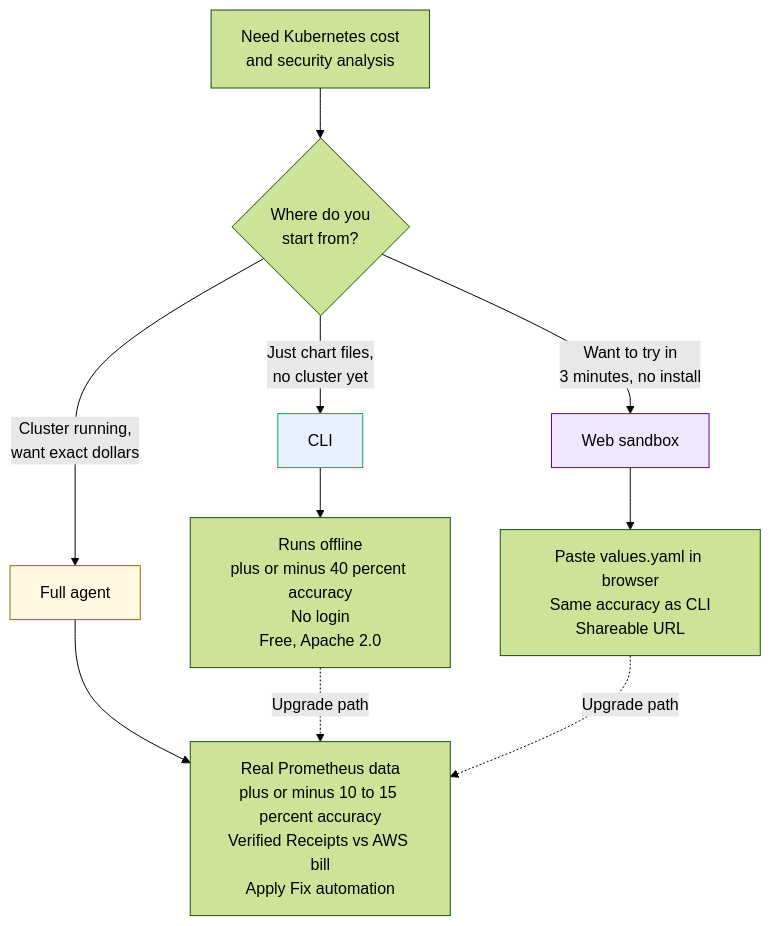
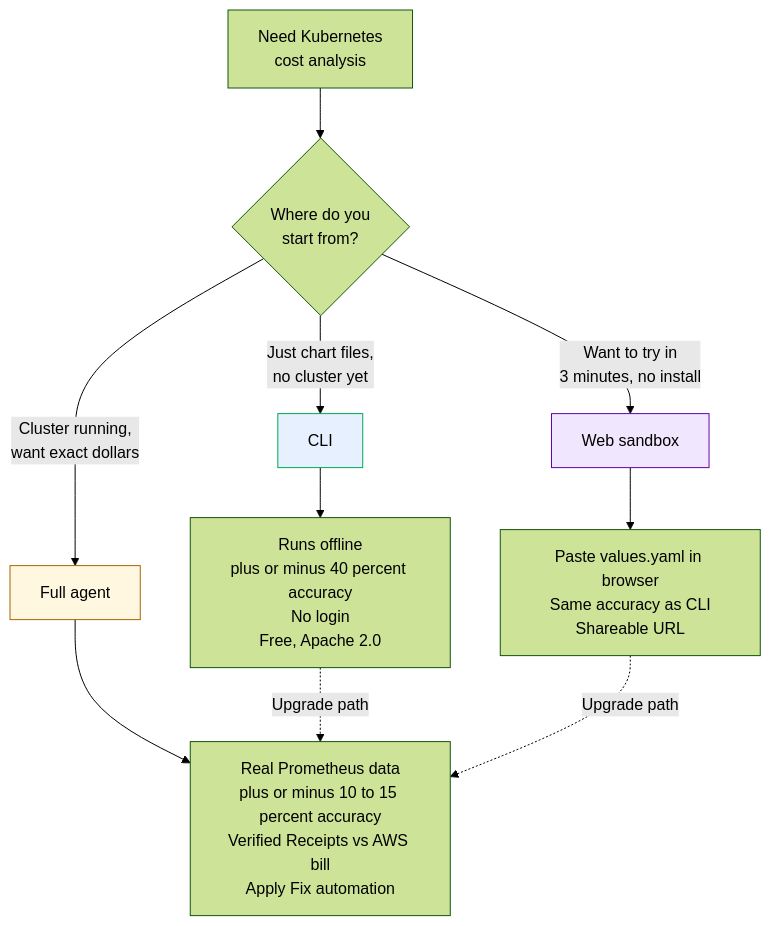
One commit to jonathansiles/optiqor-cli changed the third of 4 diagrams in README.md. Above: the diagram before and after it, drawn with Mermaid (forest theme). The commit also changed other lines of this file and 73 other files, not shown here.

````diff
--- a/README.md
+++ b/README.md
@@ -329,19 +335,19 @@
 ```mermaid
 flowchart TD
-    A[Need Kubernetes cost<br/>and security analysis] --> B{Where do you<br/>start from?}
+    A[Need Kubernetes<br/>cost analysis] --> B{Where do you<br/>start from?}
 
     B -->|Just chart files,<br/>no cluster yet| C[CLI]
     B -->|Cluster running,<br/>want exact dollars| D[Full agent]
     B -->|Want to try in<br/>3 minutes, no install| E[Web sandbox]
 
     C --> C1[Runs offline<br/>plus or minus 40 percent accuracy<br/>No login<br/>Free, Apache 2.0]
     D --> D1[Real Prometheus data<br/>plus or minus 10 to 15 percent accuracy<br/>Verified Receipts vs AWS bill<br/>Apply Fix automation]
     E --> E1[Paste values.yaml in browser<br/>Same accuracy as CLI<br/>Shareable URL]
 
     C1 -.->|Upgrade path| D1
     E1 -.->|Upgrade path| D1
 
     style C fill:#e7f0ff,stroke:#0a5
     style D fill:#fff7e0,stroke:#a60
     style E fill:#f0e7ff,stroke:#60a
 ```
````
